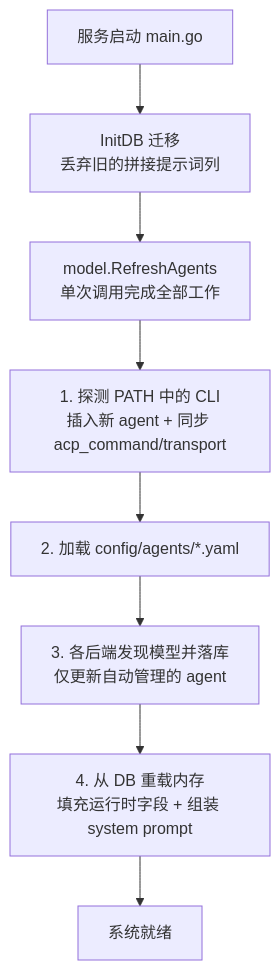
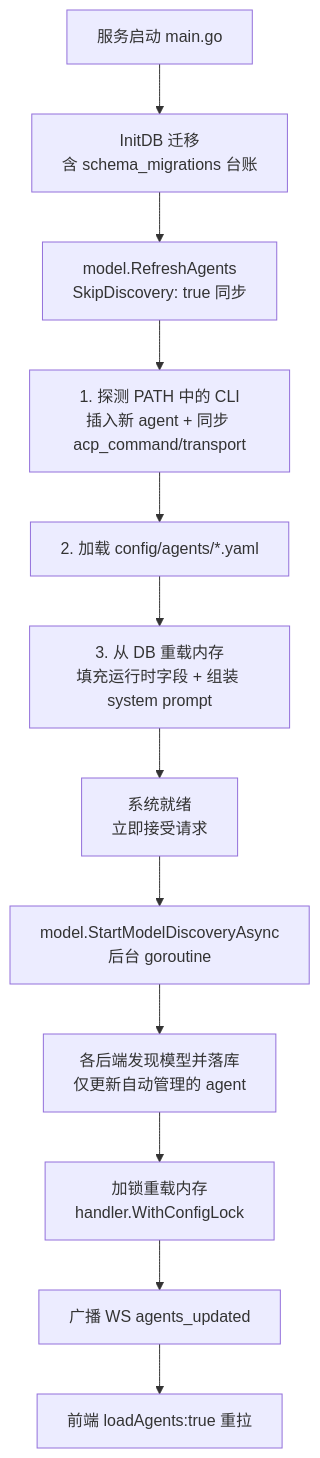
One commit to clawbench-dev/clawbench changed the first of 2 diagrams in docs/spec/infra/config-and-discovery.md. Above: the diagram before and after it, drawn with Mermaid. The commit also changed other lines of this file and 3 other files, not shown here.

Commit message:
docs: reflect split sync/async model discovery and migration ledger

````diff
--- a/docs/spec/infra/config-and-discovery.md
+++ b/docs/spec/infra/config-and-discovery.md
@@ -9,10 +9,14 @@
 ```mermaid
 flowchart TD
-    A[服务启动 main.go] --> B[InitDB 迁移<br/>丢弃旧的拼接提示词列]
-    B --> C[model.RefreshAgents<br/>单次调用完成全部工作]
+    A[服务启动 main.go] --> B[InitDB 迁移<br/>含 schema_migrations 台账]
+    B --> C[model.RefreshAgents<br/>SkipDiscovery: true 同步]
     C --> C1[1. 探测 PATH 中的 CLI<br/>插入新 agent + 同步 acp_command/transport]
     C1 --> C2[2. 加载 config/agents/*.yaml]
-    C2 --> C3[3. 各后端发现模型并落库<br/>仅更新自动管理的 agent]
-    C3 --> C4[4. 从 DB 重载内存<br/>填充运行时字段 + 组装 system prompt]
-    C4 --> D[系统就绪]
+    C2 --> C3[3. 从 DB 重载内存<br/>填充运行时字段 + 组装 system prompt]
+    C3 --> D[系统就绪<br/>立即接受请求]
+    D --> E[model.StartModelDiscoveryAsync<br/>后台 goroutine]
+    E --> E1[各后端发现模型并落库<br/>仅更新自动管理的 agent]
+    E1 --> E2[加锁重载内存<br/>handler.WithConfigLock]
+    E2 --> E3[广播 WS agents_updated]
+    E3 --> F[前端 loadAgents:true 重拉]
 ```
````
